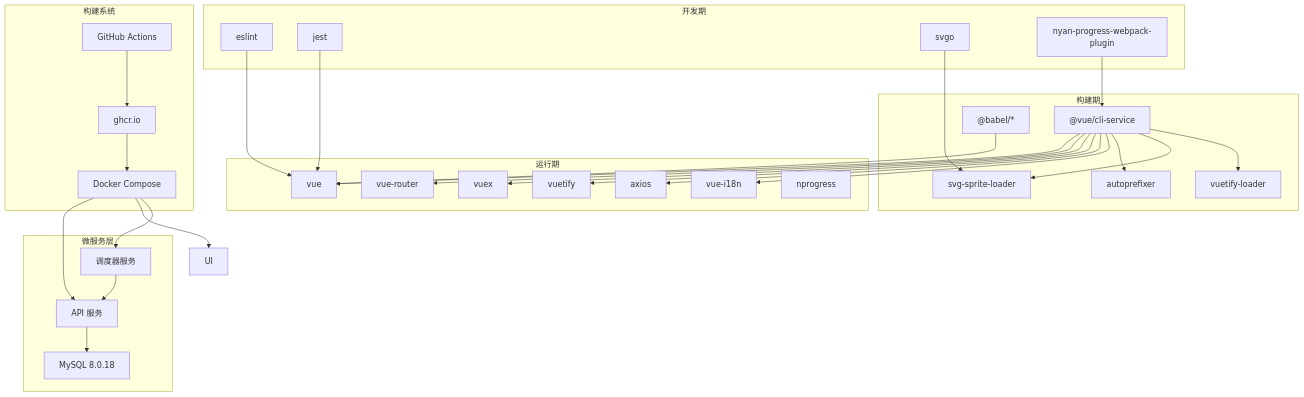
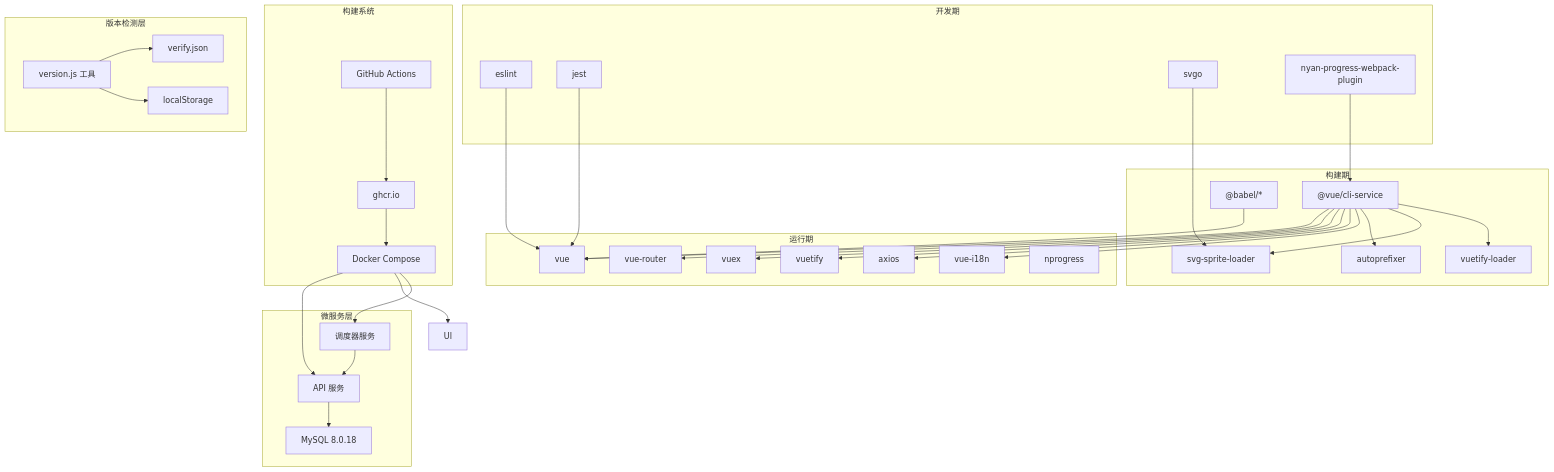
One commit to TinyMaD/SpeedRunnersLab changed diagram 11 of 11 in .qoder/repowiki/zh/content/前端应用/构建部署/构建部署.md. Above: the diagram before and after it, drawn with Mermaid. The commit also changed other lines of this file and 33 other files, not shown here.

````diff
--- a/.qoder/repowiki/zh/content/前端应用/构建部署/构建部署.md
+++ b/.qoder/repowiki/zh/content/前端应用/构建部署/构建部署.md
@@ -485,56 +534,63 @@
 ```mermaid
 graph TB
 subgraph "运行期"
 Vue["vue"]
 Router["vue-router"]
 Vuex["vuex"]
 Vuetify["vuetify"]
 Axios["axios"]
 I18n["vue-i18n"]
 NP["nprogress"]
 end
 subgraph "构建期"
 CLIService["@vue/cli-service"]
 Babel["@babel/*"]
 PostCSS["autoprefixer"]
 SVGLoader["svg-sprite-loader"]
 VuetifyLoader["vuetify-loader"]
 end
 subgraph "开发期"
 ESLint["eslint"]
 Jest["jest"]
 SVGO["svgo"]
 Nyan["nyan-progress-webpack-plugin"]
 end
 subgraph "微服务层"
 MySQL["MySQL 8.0.18"]
 API["API 服务"]
 Scheduler["调度器服务"]
 end
 subgraph "构建系统"
 Actions["GitHub Actions"]
 GHCR["ghcr.io"]
 Compose["Docker Compose"]
 end
+subgraph "版本检测层"
+Verify["verify.json"]
+LocalStorage["localStorage"]
+VersionUtil["version.js 工具"]
+end
 CLIService --> Vue
 CLIService --> Router
 CLIService --> Vuex
 CLIService --> Vuetify
 CLIService --> Axios
 CLIService --> I18n
 CLIService --> PostCSS
 CLIService --> SVGLoader
 CLIService --> VuetifyLoader
 Babel --> Vue
 ESLint --> Vue
 Jest --> Vue
 SVGO --> SVGLoader
 Nyan --> CLIService
 API --> MySQL
 Scheduler --> API
 Actions --> GHCR
 GHCR --> Compose
 Compose --> API
 Compose --> UI
 Compose --> Scheduler
+VersionUtil --> Verify
+VersionUtil --> LocalStorage
 ```
````
